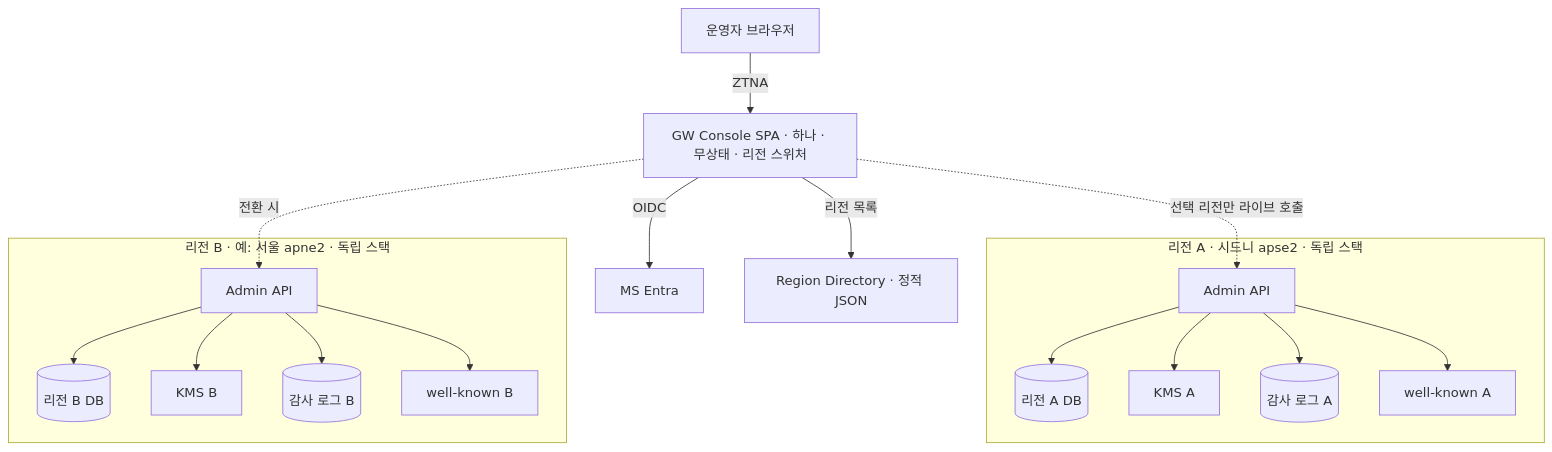
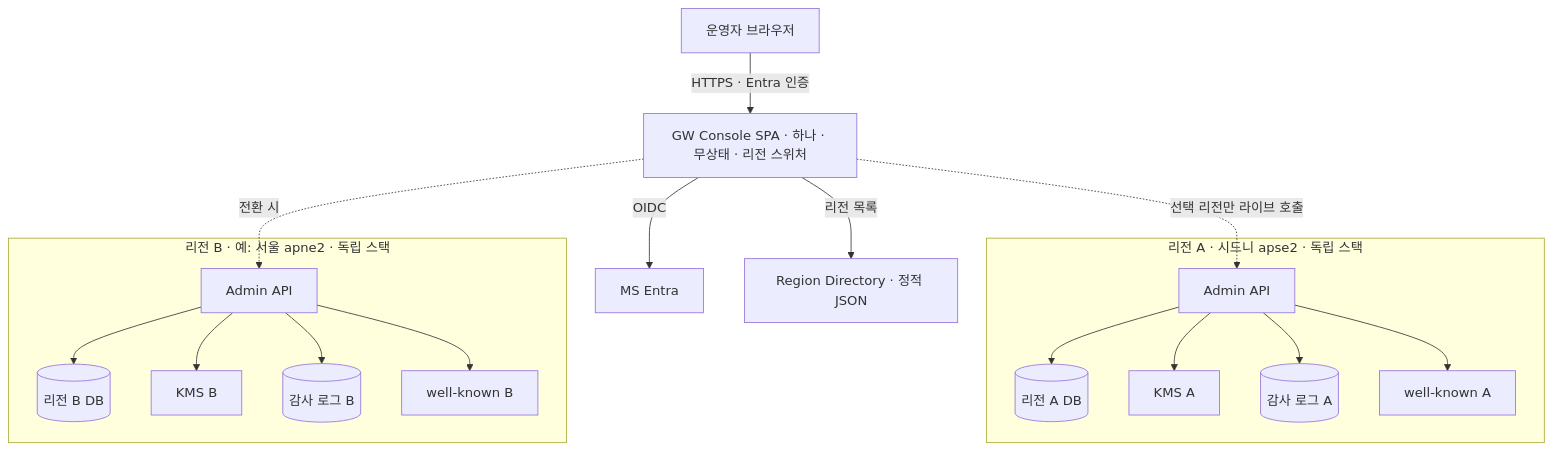
Before and after one commit to gracegyu/scp-architecture: the second of 10 diagrams in docs/VT_API_Gateway/08.VT_API_Gateway/specs/03c-subsrs-gw-console/SRS.md, drawn with Mermaid. The commit also changed other lines of this file and 1 other file, not shown here.

First line of the commit message:
docs: Update GW Console SRS to reflect version 0.14 and recent backlog changes

````diff
--- a/docs/VT_API_Gateway/08.VT_API_Gateway/specs/03c-subsrs-gw-console/SRS.md
+++ b/docs/VT_API_Gateway/08.VT_API_Gateway/specs/03c-subsrs-gw-console/SRS.md
@@ -143,20 +143,20 @@
 ```mermaid
 flowchart TB
-  OP["운영자 브라우저"] -->|"ZTNA"| C["GW Console SPA · 하나 · 무상태 · 리전 스위처"]
+  OP["운영자 브라우저"] -->|"HTTPS · Entra 인증"| C["GW Console SPA · 하나 · 무상태 · 리전 스위처"]
   C -->|"OIDC"| E["MS Entra"]
   C -->|"리전 목록"| RD["Region Directory · 정적 JSON"]
   C -. "선택 리전만 라이브 호출" .-> A1
   C -. "전환 시" .-> A2
   subgraph R1["리전 A · 시드니 apse2 · 독립 스택"]
     A1["Admin API"] --> DB1[("리전 A DB")]
     A1 --> K1["KMS A"]
     A1 --> AUD1[("감사 로그 A")]
     A1 --> WK1["well-known A"]
   end
   subgraph R2["리전 B · 예: 서울 apne2 · 독립 스택"]
     A2["Admin API"] --> DB2[("리전 B DB")]
     A2 --> K2["KMS B"]
     A2 --> AUD2[("감사 로그 B")]
     A2 --> WK2["well-known B"]
   end
 ```
````
